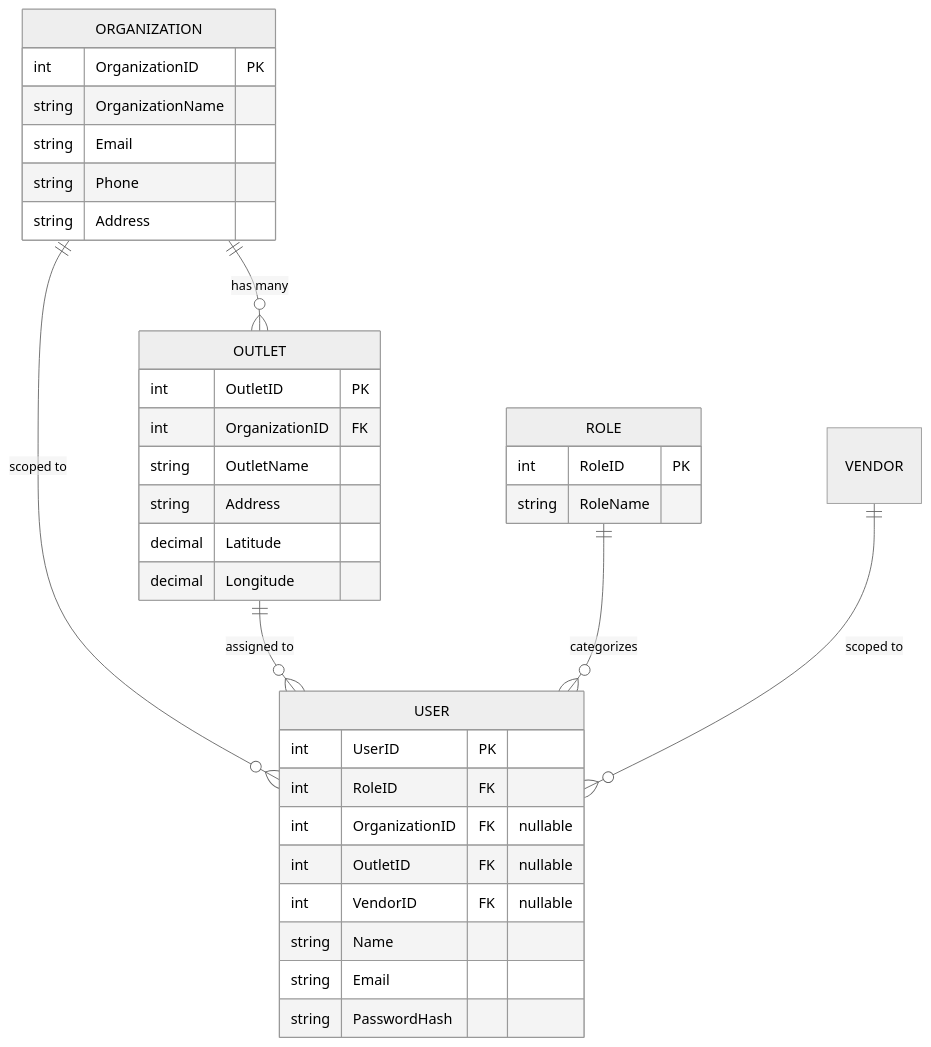
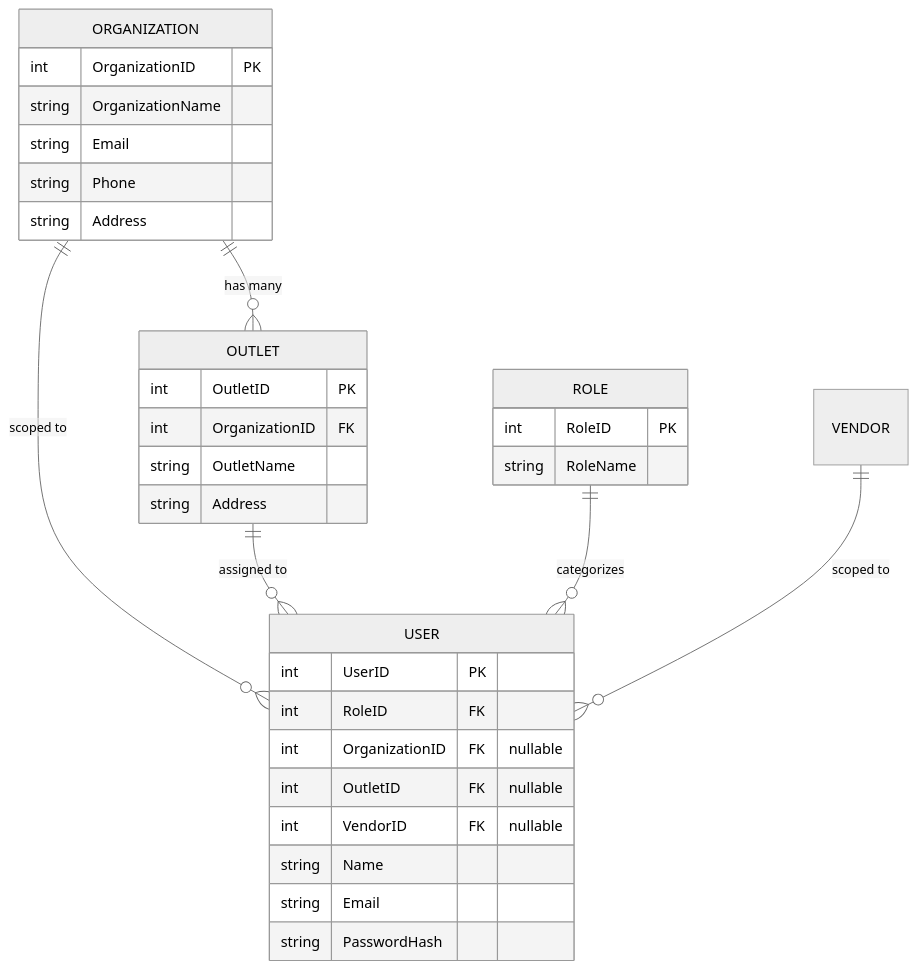
Before and after one commit to nihar0911/backendafterupdate: the first of 8 diagrams in BACKEND_AUDIT.md, drawn with Mermaid (neutral theme). The commit also changed 27 other files, not shown here.

````diff
--- a/BACKEND_AUDIT.md
+++ b/BACKEND_AUDIT.md
@@ -65,38 +65,36 @@
 ```mermaid
 erDiagram
     ORGANIZATION ||--o{ OUTLET : "has many"
     ORGANIZATION ||--o{ USER : "scoped to"
     OUTLET ||--o{ USER : "assigned to"
     ROLE ||--o{ USER : "categorizes"
     VENDOR ||--o{ USER : "scoped to"
 
     ORGANIZATION {
         int OrganizationID PK
         string OrganizationName
         string Email
         string Phone
         string Address
     }
     OUTLET {
         int OutletID PK
         int OrganizationID FK
         string OutletName
         string Address
-        decimal Latitude
-        decimal Longitude
     }
     USER {
         int UserID PK
         int RoleID FK
         int OrganizationID FK "nullable"
         int OutletID FK "nullable"
         int VendorID FK "nullable"
         string Name
         string Email
         string PasswordHash
     }
     ROLE {
         int RoleID PK
         string RoleName
     }
 ```
````
